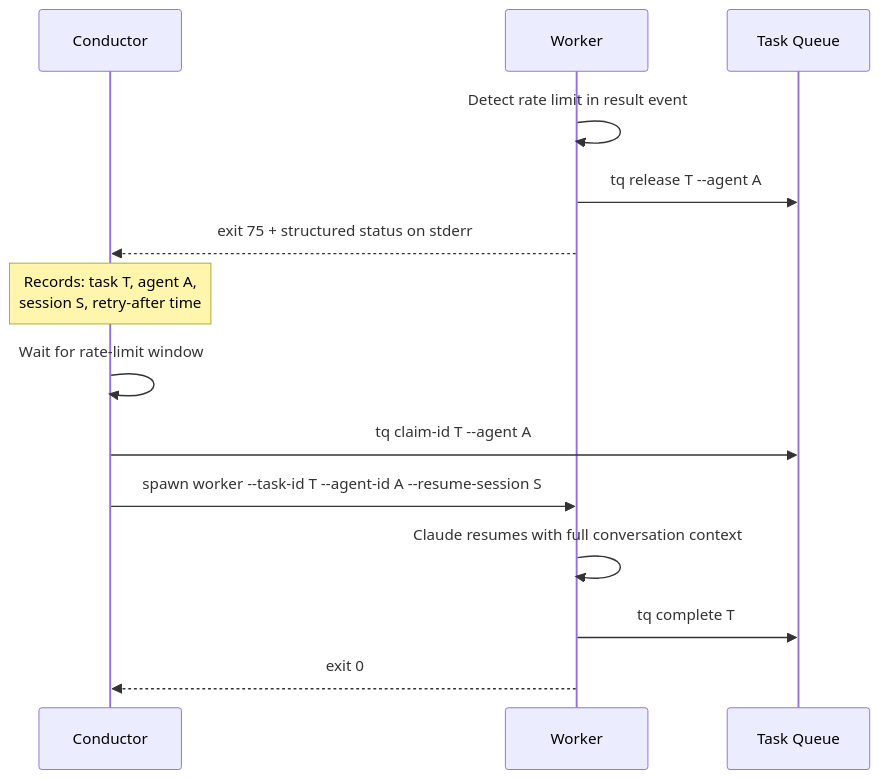
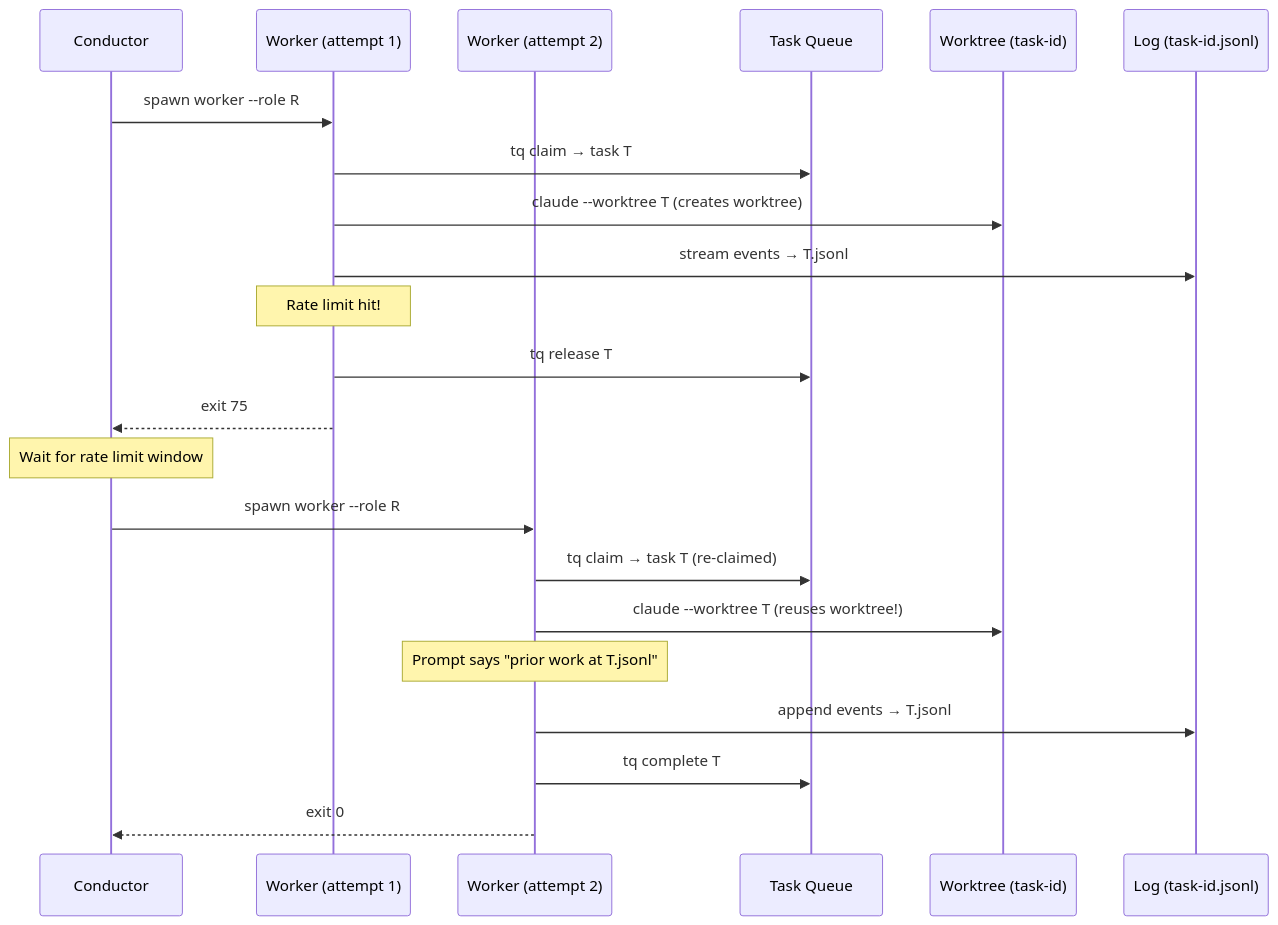
One commit to shardworks/shardworks changed the fourth of 4 diagrams in docs/architecture.md. Above: the diagram before and after it, drawn with Mermaid. The commit also changed other lines of this file and 11 other files, not shown here.

First line of the commit message:
feat: task-centric architecture, tq release, rate-limit recovery

````diff
--- a/docs/architecture.md
+++ b/docs/architecture.md
@@ -269,20 +248,27 @@
 ```mermaid
 sequenceDiagram
     participant C as Conductor
-    participant W as Worker
+    participant W1 as Worker (attempt 1)
+    participant W2 as Worker (attempt 2)
     participant TQ as Task Queue
+    participant WT as Worktree (task-id)
+    participant L as Log (task-id.jsonl)
 
-    W->>W: Detect rate limit in result event
-    W->>TQ: tq release T --agent A
-    W-->>C: exit 75 + structured status on stderr
-    
-    Note over C: Records: task T, agent A,<br/>session S, retry-after time
+    C->>W1: spawn worker --role R
+    W1->>TQ: tq claim → task T
+    W1->>WT: claude --worktree T (creates worktree)
+    W1->>L: stream events → T.jsonl
+    Note over W1: Rate limit hit!
+    W1->>TQ: tq release T
+    W1-->>C: exit 75
 
-    C->>C: Wait for rate-limit window
-    
-    C->>TQ: tq claim-id T --agent A
-    C->>W: spawn worker --task-id T --agent-id A --resume-session S
-    W->>W: Claude resumes with full conversation context
-    W->>TQ: tq complete T
-    W-->>C: exit 0
+    Note over C: Wait for rate limit window
+
+    C->>W2: spawn worker --role R
+    W2->>TQ: tq claim → task T (re-claimed)
+    W2->>WT: claude --worktree T (reuses worktree!)
+    Note over W2: Prompt says "prior work at T.jsonl"
+    W2->>L: append events → T.jsonl
+    W2->>TQ: tq complete T
+    W2-->>C: exit 0
 ```
````
